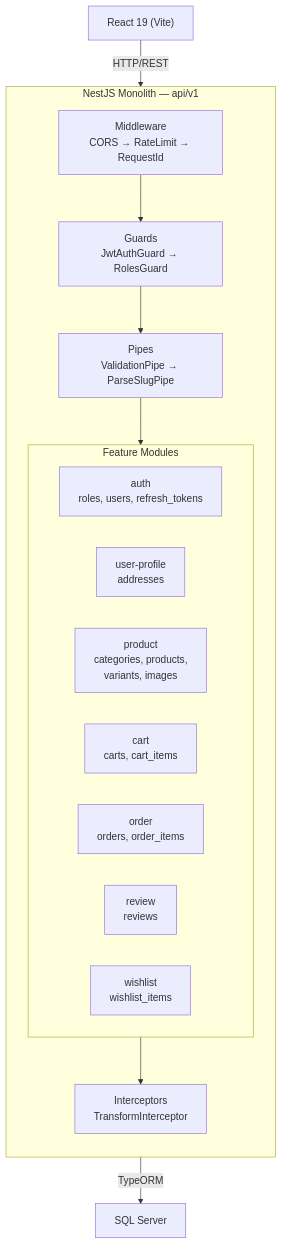
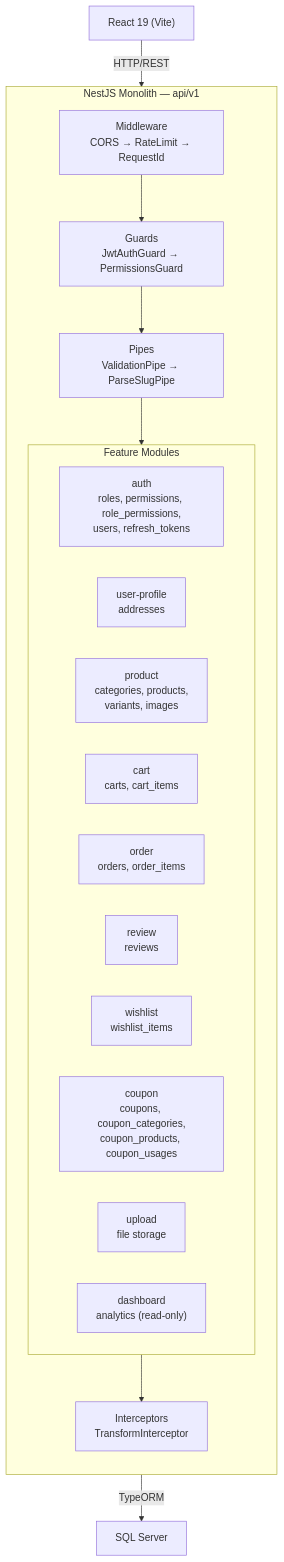
One commit to Hy-Khang/E-commerce-shop-Amazon- changed the first of 3 diagrams in backend-nestjs/docs/BE-ARCHITECTURE.md. Above: the diagram before and after it, drawn with Mermaid. The commit also changed other lines of this file and 35 other files, not shown here.

Commit message:
feat: implement admin dashboard with analytics, inventory monitoring, and modular feature architecture

````diff
--- a/backend-nestjs/docs/BE-ARCHITECTURE.md
+++ b/backend-nestjs/docs/BE-ARCHITECTURE.md
@@ -5,25 +5,28 @@
 ```mermaid
 graph TB
     Client["React 19 (Vite)"] -->|HTTP/REST| API["NestJS API Monolith"]
     API -->|TypeORM| DB["SQL Server"]
 
     subgraph API["NestJS Monolith — api/v1"]
         direction TB
         MW["Middleware<br/>CORS → RateLimit → RequestId"]
-        MW --> Guards["Guards<br/>JwtAuthGuard → RolesGuard"]
+        MW --> Guards["Guards<br/>JwtAuthGuard → PermissionsGuard"]
         Guards --> Pipes["Pipes<br/>ValidationPipe → ParseSlugPipe"]
         Pipes --> Features
 
         subgraph Features["Feature Modules"]
-            Auth["auth<br/>roles, users, refresh_tokens"]
+            Auth["auth<br/>roles, permissions, role_permissions,<br/>users, refresh_tokens"]
             UP["user-profile<br/>addresses"]
             Prod["product<br/>categories, products,<br/>variants, images"]
             Cart["cart<br/>carts, cart_items"]
             Order["order<br/>orders, order_items"]
             Review["review<br/>reviews"]
             Wishlist["wishlist<br/>wishlist_items"]
+            Coupon["coupon<br/>coupons, coupon_categories,<br/>coupon_products, coupon_usages"]
+            Upload["upload<br/>file storage"]
+            Dashboard["dashboard<br/>analytics (read-only)"]
         end
 
         Features --> INT["Interceptors<br/>TransformInterceptor"]
     end
 ```
````
